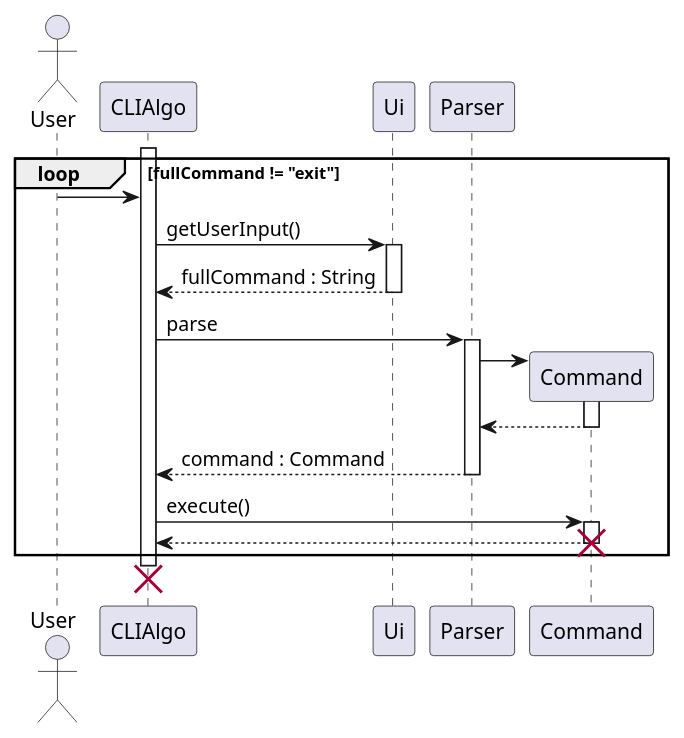
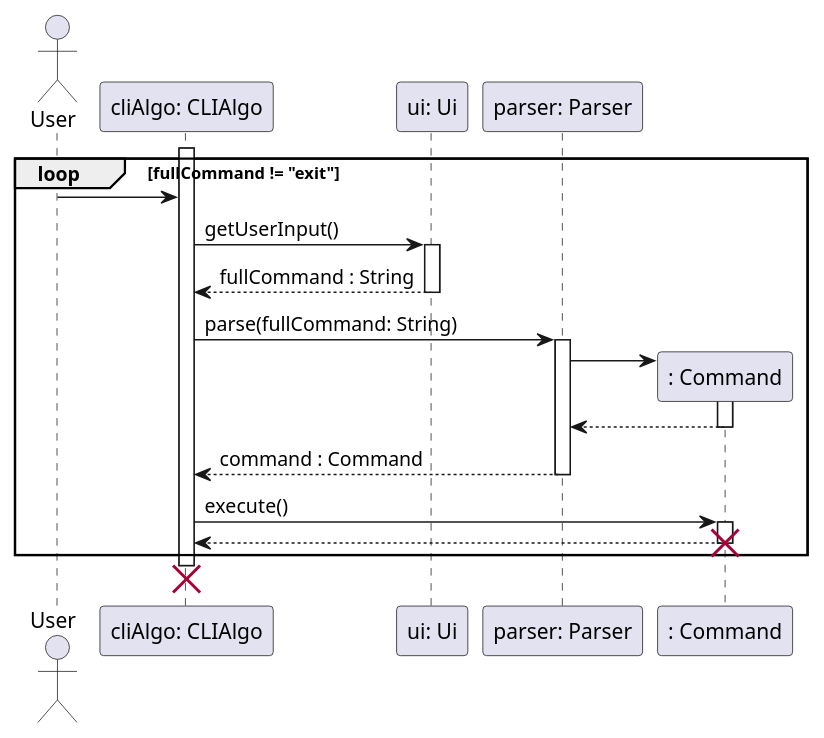
The diagram in docs/sequence-diagrams/source-files/Architecture.puml (ong-ck/tp), drawn with PlantUML before and after one commit. The commit also changed 12 other files, not shown here.

Commit message:
Change sequence diagrams to show objects instead of classes

```diff
--- a/docs/sequence-diagrams/source-files/Architecture.puml
+++ b/docs/sequence-diagrams/source-files/Architecture.puml
@@ -1,23 +1,28 @@
 @startuml
 actor User
+participant "cliAlgo: CLIAlgo" as CLIAlgo
+participant "ui: Ui" as Ui
+participant "parser: Parser" as Parser
+participant ": Command" as Command
+
 activate CLIAlgo
     loop fullCommand != "exit"
     User -> CLIAlgo
     CLIAlgo -> Ui : getUserInput()
     activate Ui
     return fullCommand : String
 
-    CLIAlgo -> Parser : parse
+    CLIAlgo -> Parser : parse(fullCommand: String)
     activate Parser
         Parser -> Command **
         activate Command
         return
     return command : Command
 
     CLIAlgo -> Command : execute()
     activate Command
     return
     destroy Command
     end
 destroy CLIAlgo
 @enduml
```
